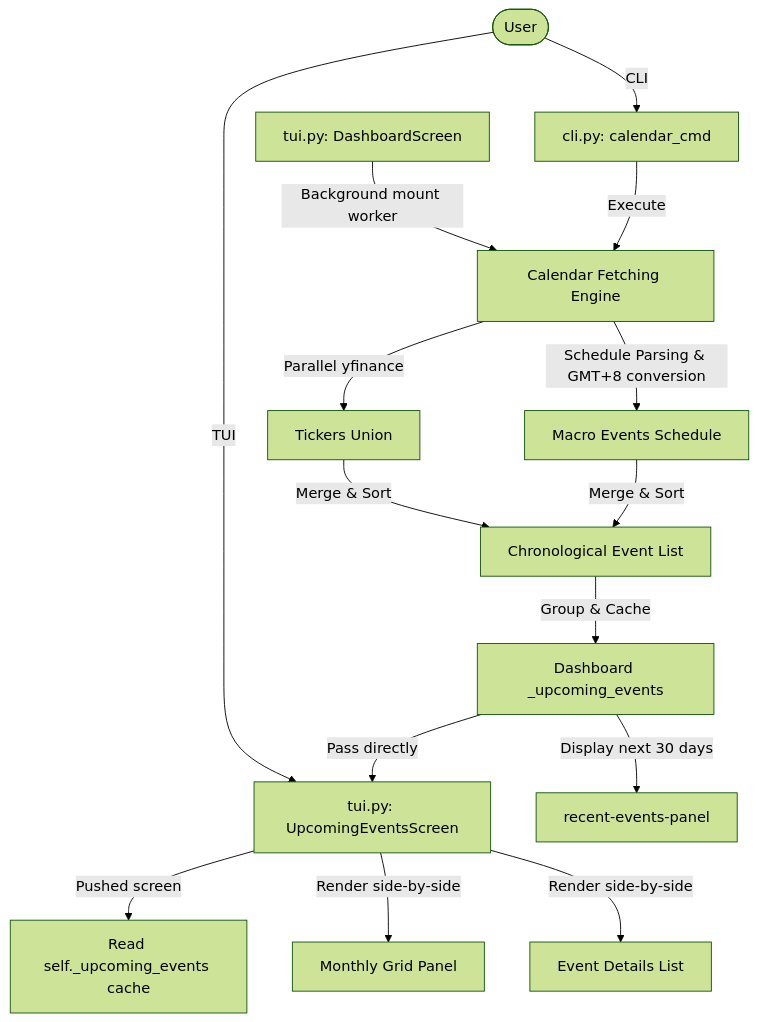
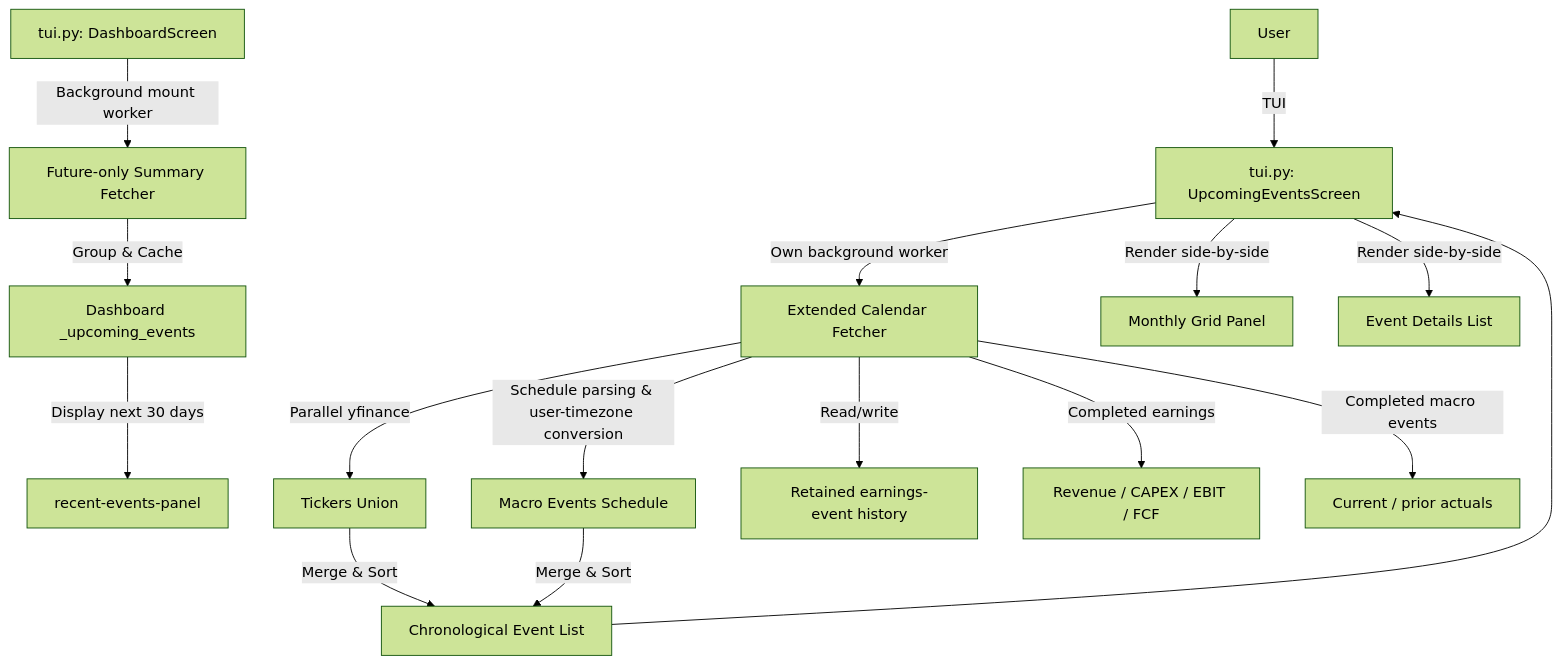
One commit to ray60110/AssetTrack changed the diagram in docs/calendar_feature.md. Above: the diagram before and after it, drawn with Mermaid (forest theme). The commit also changed other lines of this file and 128 other files, not shown here.

````diff
--- a/docs/calendar_feature.md
+++ b/docs/calendar_feature.md
@@ -31,23 +39,23 @@
 ```mermaid
 graph TD
-    User([User]) -->|CLI| CLI[cli.py: calendar_cmd]
     User -->|TUI| TUI[tui.py: UpcomingEventsScreen]
     
-    TUI -->|Pushed screen| CacheRead[Read self._upcoming_events cache]
-    TUI_Dash[tui.py: DashboardScreen] -->|Background mount worker| Fetcher[Calendar Fetching Engine]
-    CLI -->|Execute| Fetcher
+    TUI -->|Own background worker| Fetcher[Extended Calendar Fetcher]
+    TUI_Dash[tui.py: DashboardScreen] -->|Background mount worker| SummaryFetcher[Future-only Summary Fetcher]
     
     Fetcher -->|Parallel yfinance| Tickers[Tickers Union]
-    Fetcher -->|Schedule Parsing & GMT+8 conversion| Macro[Macro Events Schedule]
+    Fetcher -->|Schedule parsing & user-timezone conversion| Macro[Macro Events Schedule]
+    Fetcher -->|Read/write| History[Retained earnings-event history]
+    Fetcher -->|Completed earnings| Statements[Revenue / CAPEX / EBIT / FCF]
+    Fetcher -->|Completed macro events| FRED[Current / prior actuals]
     
     Tickers -->|Merge & Sort| Chrono[Chronological Event List]
     Macro -->|Merge & Sort| Chrono
     
-    Chrono -->|Group & Cache| DashboardCache[Dashboard _upcoming_events]
+    SummaryFetcher -->|Group & Cache| DashboardCache[Dashboard _upcoming_events]
+    Chrono --> TUI
     
     DashboardCache -->|Display next 30 days| PanelWidget[recent-events-panel]
-    DashboardCache -->|Pass directly| TUI
-    
     TUI -->|Render side-by-side| CalendarGrid[Monthly Grid Panel]
     TUI -->|Render side-by-side| MonthlyEvents[Event Details List]
 ```
````
